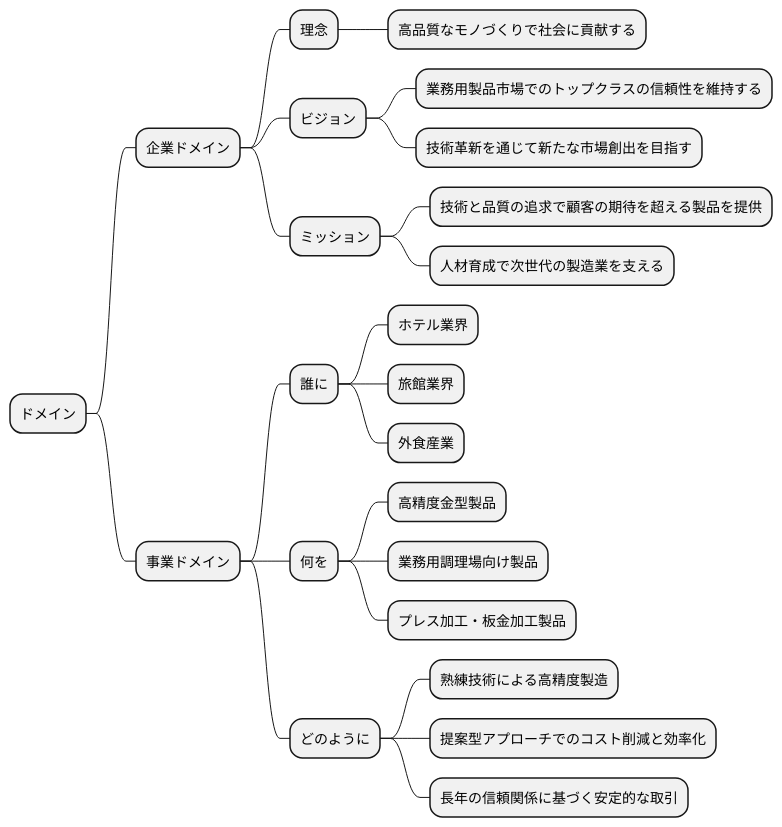
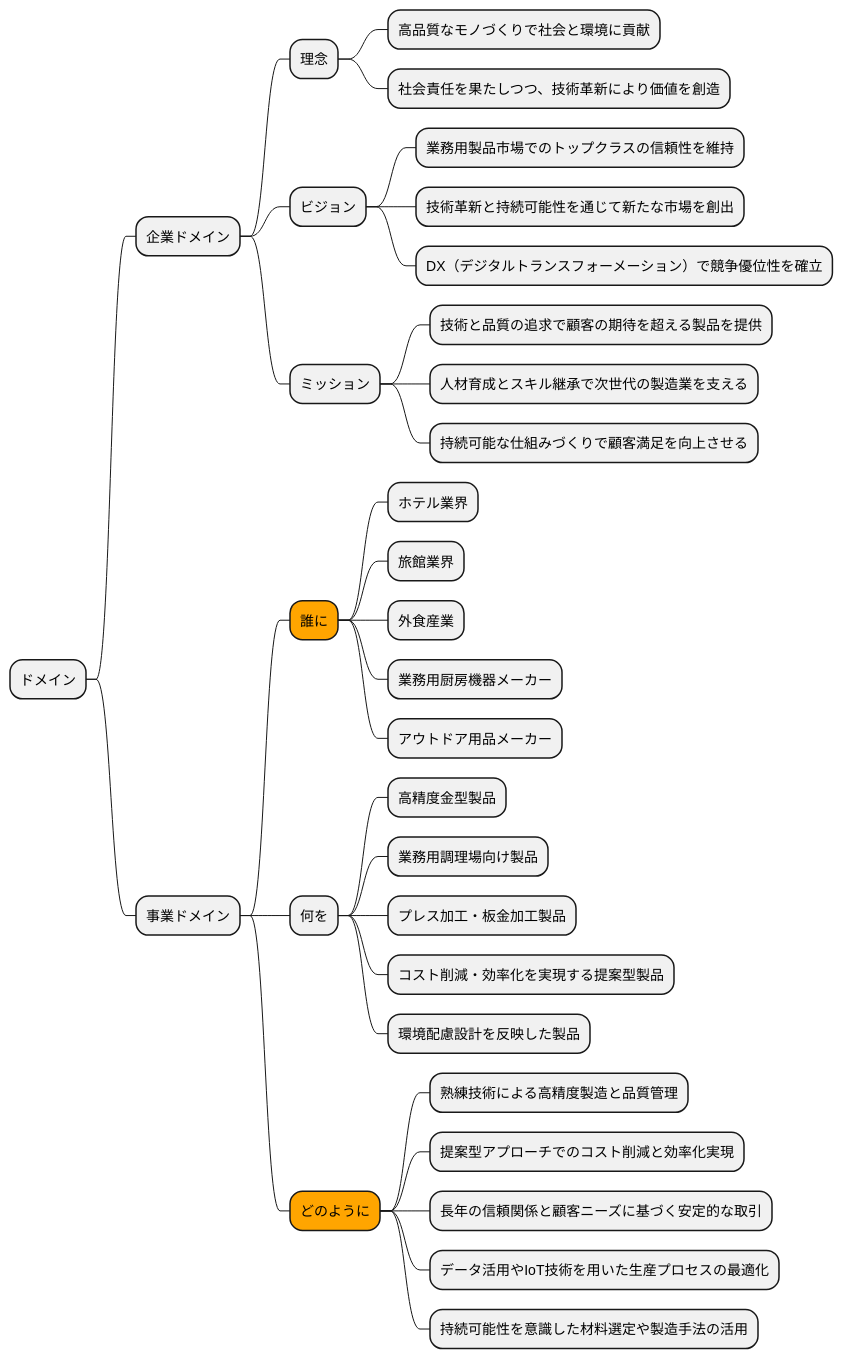
Before and after one commit to k2works/case-study-business-analysis: the fifth of 19 diagrams in docs/case/r04_case_3.adoc, drawn with PlantUML. The commit also changed other lines of this file, not shown here.

```diff
--- a/docs/case/r04_case_3.adoc
+++ b/docs/case/r04_case_3.adoc
@@ -214,30 +238,39 @@
 [plantuml]
 ----
 @startmindmap
 
 * ドメイン
 ** 企業ドメイン
 *** 理念
-**** 高品質なモノづくりで社会に貢献する
+**** 高品質なモノづくりで社会と環境に貢献
+**** 社会責任を果たしつつ、技術革新により価値を創造
 *** ビジョン
-**** 業務用製品市場でのトップクラスの信頼性を維持する
-**** 技術革新を通じて新たな市場創出を目指す
+**** 業務用製品市場でのトップクラスの信頼性を維持
+**** 技術革新と持続可能性を通じて新たな市場を創出
+**** DX（デジタルトランスフォーメーション）で競争優位性を確立
 *** ミッション
 **** 技術と品質の追求で顧客の期待を超える製品を提供
-**** 人材育成で次世代の製造業を支える
+**** 人材育成とスキル継承で次世代の製造業を支える
+**** 持続可能な仕組みづくりで顧客満足を向上させる
 ** 事業ドメイン
-*** 誰に
+***[#orange] 誰に
 **** ホテル業界
 **** 旅館業界
 **** 外食産業
+**** 業務用厨房機器メーカー
+**** アウトドア用品メーカー
 *** 何を
 **** 高精度金型製品
 **** 業務用調理場向け製品
 **** プレス加工・板金加工製品
-*** どのように
-**** 熟練技術による高精度製造
-**** 提案型アプローチでのコスト削減と効率化
-**** 長年の信頼関係に基づく安定的な取引
+**** コスト削減・効率化を実現する提案型製品
+**** 環境配慮設計を反映した製品
+***[#orange] どのように
+**** 熟練技術による高精度製造と品質管理
+**** 提案型アプローチでのコスト削減と効率化実現
+**** 長年の信頼関係と顧客ニーズに基づく安定的な取引
+**** データ活用やIoT技術を用いた生産プロセスの最適化
+**** 持続可能性を意識した材料選定や製造手法の活用
 
 @endmindmap
 ----
```
